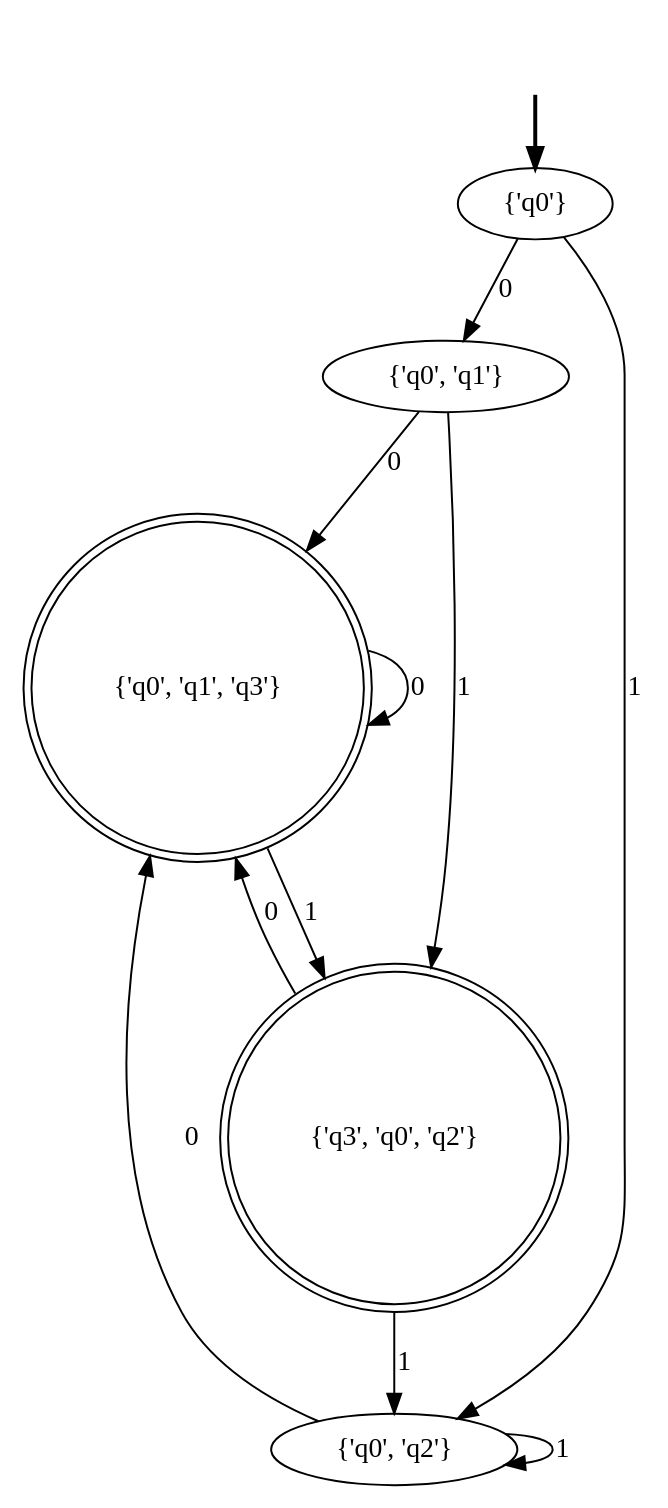
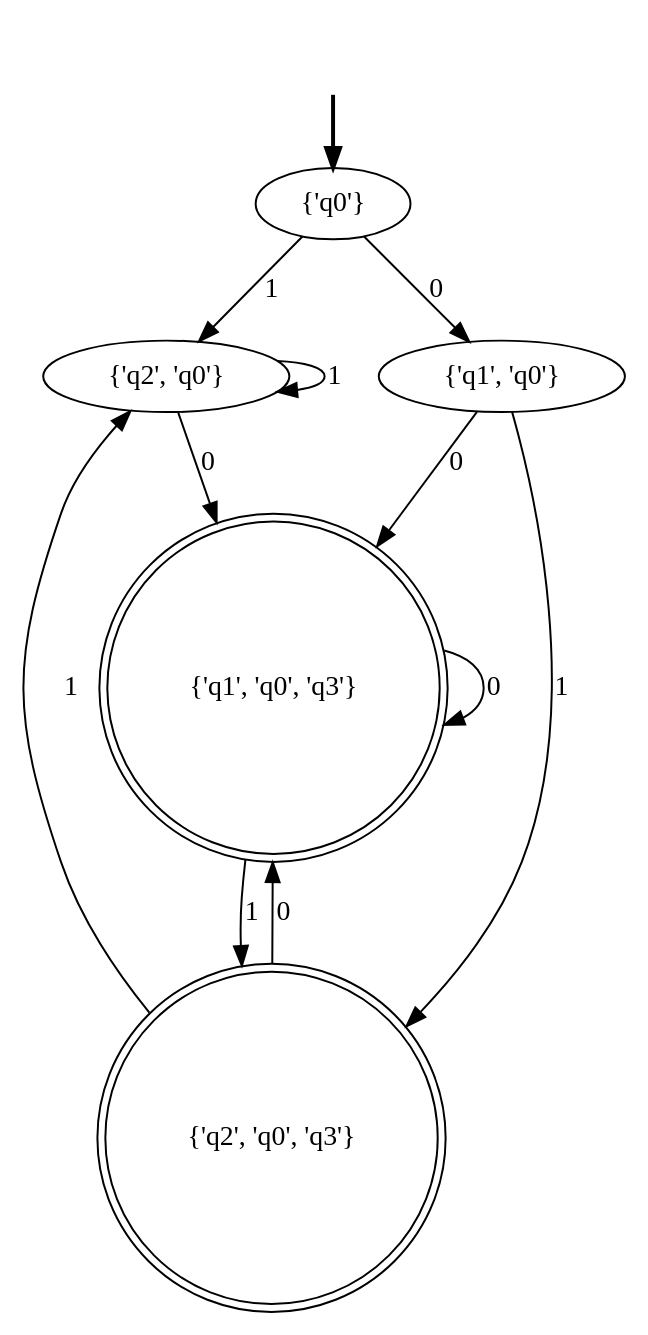
The diagram in n2d/dfa_pysimpleautoma.dot (fanzou2020/Automata), drawn with Graphviz before and after one commit. The commit also changed 14 other files, not shown here.

```diff
--- a/n2d/dfa_pysimpleautoma.dot
+++ b/n2d/dfa_pysimpleautoma.dot
@@ -1,19 +1,19 @@
 digraph {
 	fake [style=invisible]
 	"{'q0'}" [root=true]
-	"{'q0', 'q1', 'q3'}" [shape=doublecircle]
-	"{'q0', 'q1'}"
-	"{'q0', 'q2'}"
-	"{'q3', 'q0', 'q2'}" [shape=doublecircle]
+	"{'q2', 'q0', 'q3'}" [shape=doublecircle]
+	"{'q1', 'q0', 'q3'}" [shape=doublecircle]
+	"{'q2', 'q0'}"
+	"{'q1', 'q0'}"
 	fake -> "{'q0'}" [style=bold]
-	"{'q0'}" -> "{'q0', 'q2'}" [label=1]
-	"{'q0'}" -> "{'q0', 'q1'}" [label=0]
-	"{'q0', 'q2'}" -> "{'q0', 'q2'}" [label=1]
-	"{'q0', 'q2'}" -> "{'q0', 'q1', 'q3'}" [label=0]
-	"{'q0', 'q1'}" -> "{'q3', 'q0', 'q2'}" [label=1]
-	"{'q0', 'q1'}" -> "{'q0', 'q1', 'q3'}" [label=0]
-	"{'q0', 'q1', 'q3'}" -> "{'q3', 'q0', 'q2'}" [label=1]
-	"{'q0', 'q1', 'q3'}" -> "{'q0', 'q1', 'q3'}" [label=0]
-	"{'q3', 'q0', 'q2'}" -> "{'q0', 'q2'}" [label=1]
-	"{'q3', 'q0', 'q2'}" -> "{'q0', 'q1', 'q3'}" [label=0]
+	"{'q0'}" -> "{'q1', 'q0'}" [label=0]
+	"{'q0'}" -> "{'q2', 'q0'}" [label=1]
+	"{'q1', 'q0'}" -> "{'q1', 'q0', 'q3'}" [label=0]
+	"{'q1', 'q0'}" -> "{'q2', 'q0', 'q3'}" [label=1]
+	"{'q2', 'q0'}" -> "{'q1', 'q0', 'q3'}" [label=0]
+	"{'q2', 'q0'}" -> "{'q2', 'q0'}" [label=1]
+	"{'q1', 'q0', 'q3'}" -> "{'q1', 'q0', 'q3'}" [label=0]
+	"{'q1', 'q0', 'q3'}" -> "{'q2', 'q0', 'q3'}" [label=1]
+	"{'q2', 'q0', 'q3'}" -> "{'q1', 'q0', 'q3'}" [label=0]
+	"{'q2', 'q0', 'q3'}" -> "{'q2', 'q0'}" [label=1]
 }
```
